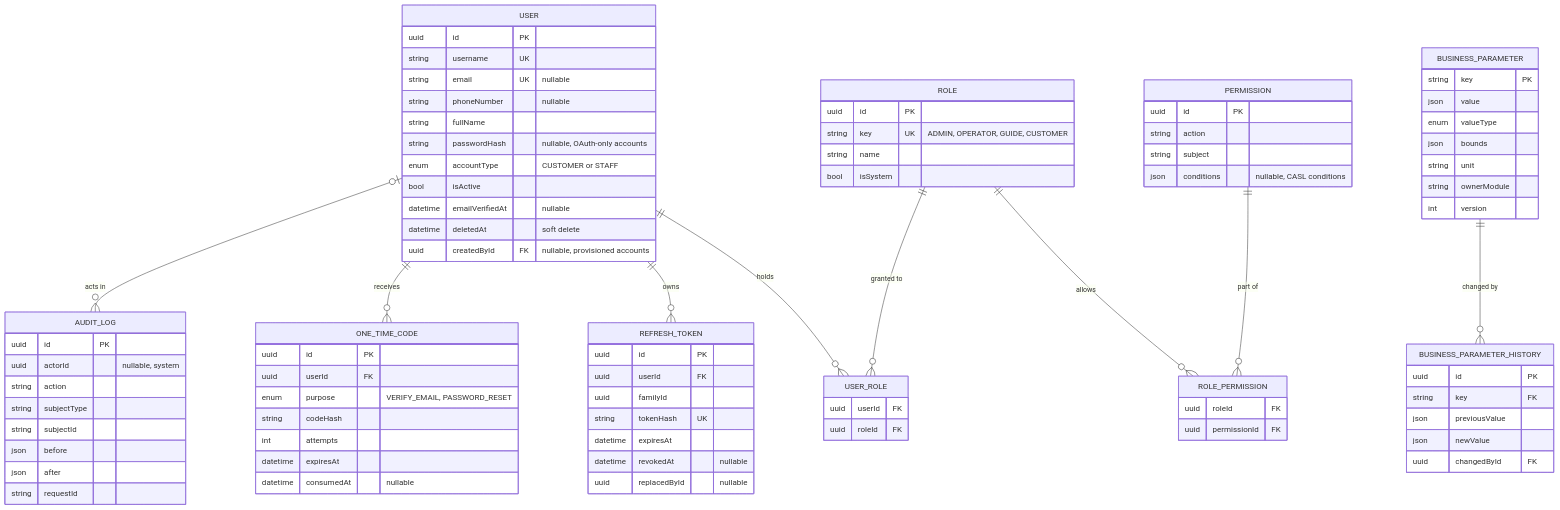
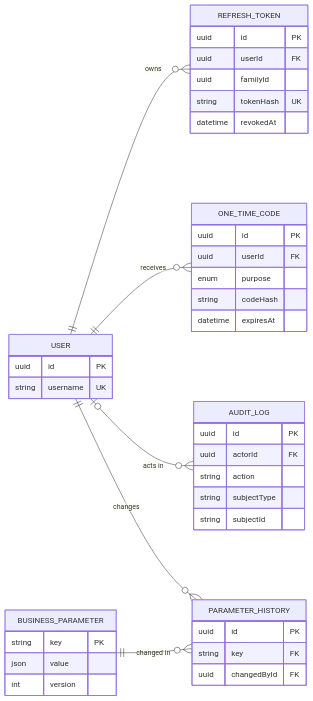
The sixth of 11 diagrams in specs/platform/design.md (TrekLink-Team/treklink-web), drawn with Mermaid before and after one commit. The commit also changed other lines of this file and 30 other files, not shown here.

````diff
--- a/specs/platform/design.md
+++ b/specs/platform/design.md
@@ -190,88 +232,44 @@
 ```mermaid
 erDiagram
+    direction LR
     USER {
         uuid id PK
         string username UK
-        string email UK "nullable"
-        string phoneNumber "nullable"
-        string fullName
-        string passwordHash "nullable, OAuth-only accounts"
-        enum accountType "CUSTOMER or STAFF"
-        bool isActive
-        datetime emailVerifiedAt "nullable"
-        datetime deletedAt "soft delete"
-        uuid createdById FK "nullable, provisioned accounts"
-    }
-    ROLE {
-        uuid id PK
-        string key UK "ADMIN, OPERATOR, GUIDE, CUSTOMER"
-        string name
-        bool isSystem
-    }
-    PERMISSION {
-        uuid id PK
-        string action
-        string subject
-        json conditions "nullable, CASL conditions"
-    }
-    USER_ROLE {
-        uuid userId FK
-        uuid roleId FK
-    }
-    ROLE_PERMISSION {
-        uuid roleId FK
-        uuid permissionId FK
     }
     REFRESH_TOKEN {
         uuid id PK
         uuid userId FK
         uuid familyId
         string tokenHash UK
-        datetime expiresAt
-        datetime revokedAt "nullable"
-        uuid replacedById "nullable"
+        datetime revokedAt
     }
     ONE_TIME_CODE {
         uuid id PK
         uuid userId FK
-        enum purpose "VERIFY_EMAIL, PASSWORD_RESET"
+        enum purpose
         string codeHash
-        int attempts
         datetime expiresAt
-        datetime consumedAt "nullable"
     }
     AUDIT_LOG {
         uuid id PK
-        uuid actorId "nullable, system"
+        uuid actorId FK
         string action
         string subjectType
         string subjectId
-        json before
-        json after
-        string requestId
     }
     BUSINESS_PARAMETER {
         string key PK
         json value
-        enum valueType
-        json bounds
-        string unit
-        string ownerModule
         int version
     }
-    BUSINESS_PARAMETER_HISTORY {
+    PARAMETER_HISTORY {
         uuid id PK
         string key FK
-        json previousValue
-        json newValue
         uuid changedById FK
     }
-    USER ||--o{ USER_ROLE : "holds"
-    ROLE ||--o{ USER_ROLE : "granted to"
-    ROLE ||--o{ ROLE_PERMISSION : "allows"
-    PERMISSION ||--o{ ROLE_PERMISSION : "part of"
     USER ||--o{ REFRESH_TOKEN : "owns"
     USER ||--o{ ONE_TIME_CODE : "receives"
     USER |o--o{ AUDIT_LOG : "acts in"
-    BUSINESS_PARAMETER ||--o{ BUSINESS_PARAMETER_HISTORY : "changed by"
+    BUSINESS_PARAMETER ||--o{ PARAMETER_HISTORY : "changed in"
+    USER ||--o{ PARAMETER_HISTORY : "changes"
 ```
````
